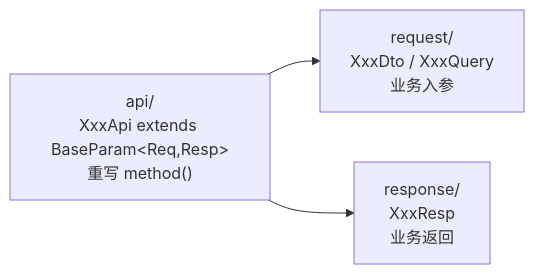
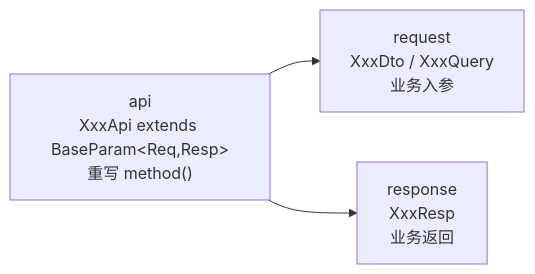
One commit to henhen6/mdp-docs changed the diagram in src/doc/source/mdp-sdk/mdp-simple-sdk.md. Above: the diagram before and after it, drawn with Mermaid. The commit also changed other lines of this file and 23 other files, not shown here.

````diff
--- a/src/doc/source/mdp-sdk/mdp-simple-sdk.md
+++ b/src/doc/source/mdp-sdk/mdp-simple-sdk.md
@@ -27,5 +27,5 @@
 ```mermaid
 flowchart LR
-    A["api/<br/>XxxApi extends BaseParam&lt;Req,Resp&gt;<br/>重写 method()"] --> B["request/<br/>XxxDto / XxxQuery<br/>业务入参"]
-    A --> C["response/<br/>XxxResp<br/>业务返回"]
+    A["api<br/>XxxApi extends BaseParam&lt;Req,Resp&gt;<br/>重写 method()"] --> B["request<br/>XxxDto / XxxQuery<br/>业务入参"]
+    A --> C["response<br/>XxxResp<br/>业务返回"]
 ```
````
